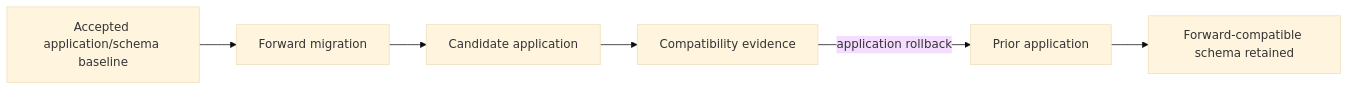
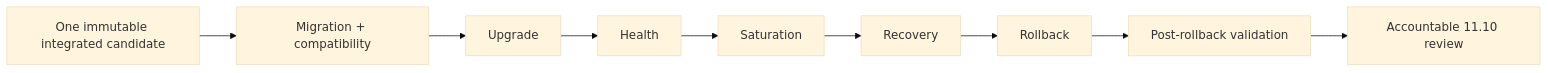
The diagram in docs/README.md (GJvManen/dtmo), drawn with Mermaid (base theme) before and after one commit. The commit also changed other lines of this file, not shown here.

Commit message:
docs: expose active Phase 11.10 validation

````diff
--- a/docs/README.md
+++ b/docs/README.md
@@ -74,8 +77,11 @@
 ```mermaid
 flowchart LR
-    A[Accepted application/schema baseline] --> F[Forward migration]
-    F --> C[Candidate application]
-    C --> E[Compatibility evidence]
-    E -->|application rollback| R[Prior application]
-    R --> S[Forward-compatible schema retained]
+    I[One immutable integrated candidate] --> M[Migration + compatibility]
+    M --> U[Upgrade]
+    U --> H[Health]
+    H --> S[Saturation]
+    S --> R[Recovery]
+    R --> B[Rollback]
+    B --> V[Post-rollback validation]
+    V --> A[Accountable 11.10 review]
 ```
````
